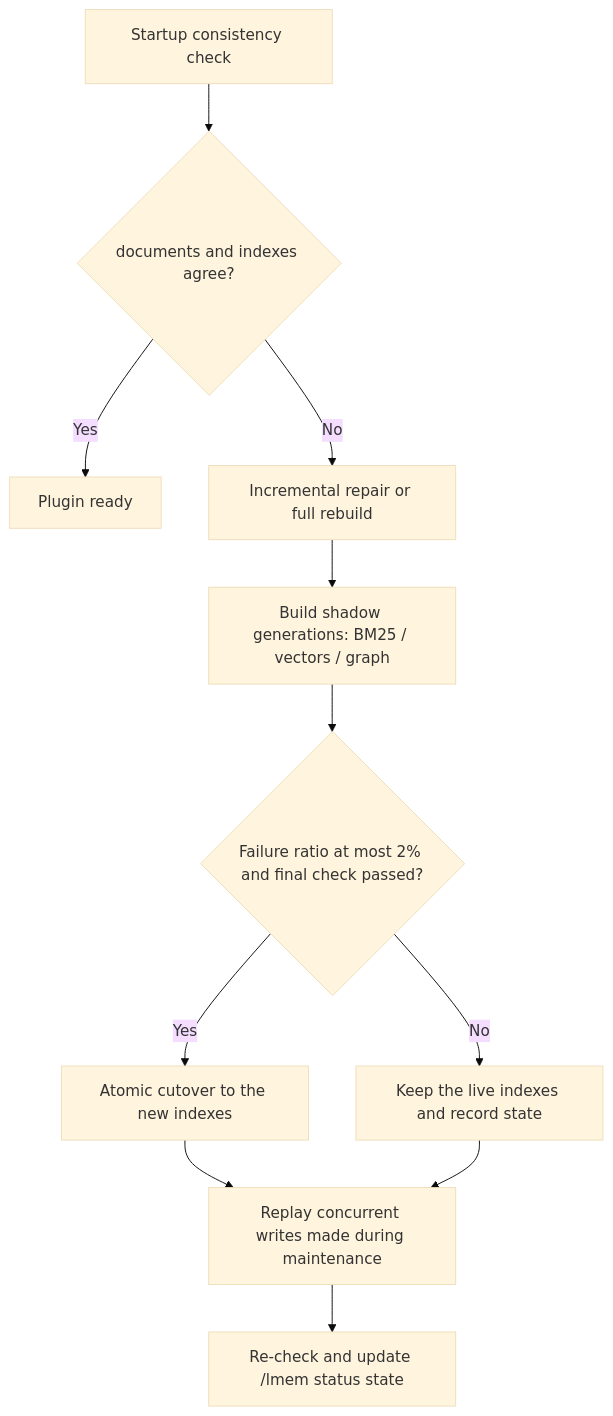
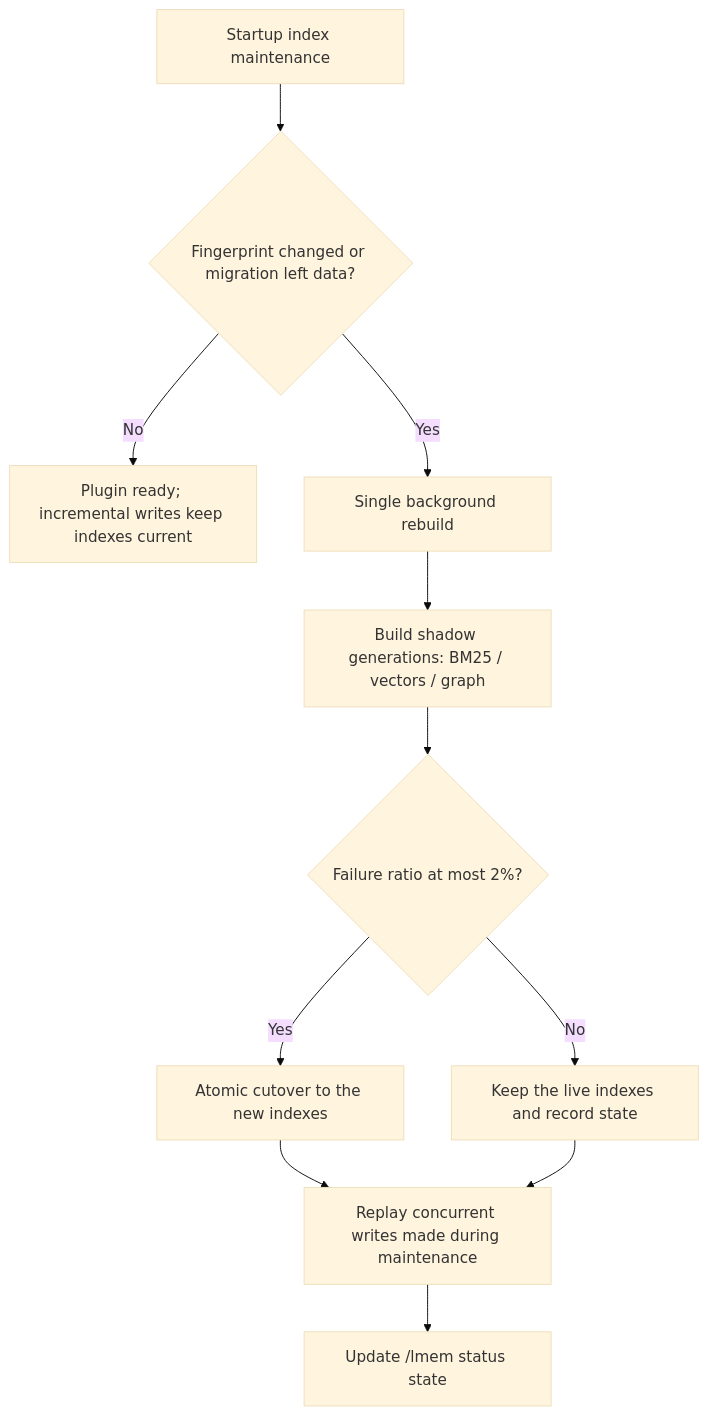
Before and after one commit to lxfight-s-Astrbot-Plugins/astrbot_plugin_livingmemory: the fourth of 4 diagrams in docs/en/architecture.md, drawn with Mermaid (base theme). The commit also changed other lines of this file and 45 other files, not shown here.

````diff
--- a/docs/en/architecture.md
+++ b/docs/en/architecture.md
@@ -165,13 +165,13 @@
 ```mermaid
 flowchart TB
-    A["Startup consistency check"] --> B{"documents and indexes agree?"}
-    B -->|"Yes"| C["Plugin ready"]
-    B -->|"No"| D["Incremental repair or full rebuild"]
+    A["Startup index maintenance"] --> B{"Fingerprint changed or migration left data?"}
+    B -->|"No"| C["Plugin ready; incremental writes keep indexes current"]
+    B -->|"Yes"| D["Single background rebuild"]
     D --> E["Build shadow generations: BM25 / vectors / graph"]
-    E --> F{"Failure ratio at most 2% and final check passed?"}
+    E --> F{"Failure ratio at most 2%?"}
     F -->|"Yes"| G["Atomic cutover to the new indexes"]
     F -->|"No"| H["Keep the live indexes and record state"]
     G --> I["Replay concurrent writes made during maintenance"]
     H --> I
-    I --> J["Re-check and update /lmem status state"]
+    I --> J["Update /lmem status state"]
 ```
````
